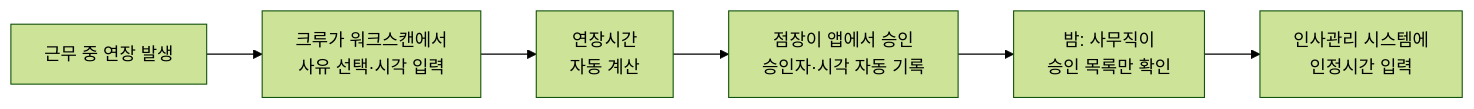
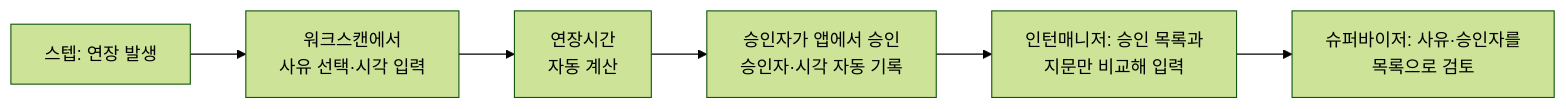
Before and after one commit to ahnbo2121/hello-hello: the second of 2 diagrams in docs/개선안-스케줄변경-전자결재.md, drawn with Mermaid (forest theme). The commit also changed other lines of this file and 1 other file, not shown here.

````diff
--- a/docs/개선안-스케줄변경-전자결재.md
+++ b/docs/개선안-스케줄변경-전자결재.md
@@ -46,8 +53,8 @@
 ```mermaid
 flowchart LR
-  A[근무 중 연장 발생] --> B[크루가 워크스캔에서<br/>사유 선택·시각 입력]
+  A[스텝: 연장 발생] --> B[워크스캔에서<br/>사유 선택·시각 입력]
   B --> C[연장시간<br/>자동 계산]
-  C --> D[점장이 앱에서 승인<br/>승인자·시각 자동 기록]
-  D --> E[밤: 사무직이<br/>승인 목록만 확인]
-  E --> F[인사관리 시스템에<br/>인정시간 입력]
+  C --> D[승인자가 앱에서 승인<br/>승인자·시각 자동 기록]
+  D --> E[인턴매니저: 승인 목록과<br/>지문만 비교해 입력]
+  E --> F[슈퍼바이저: 사유·승인자를<br/>목록으로 검토]
 ```
````
